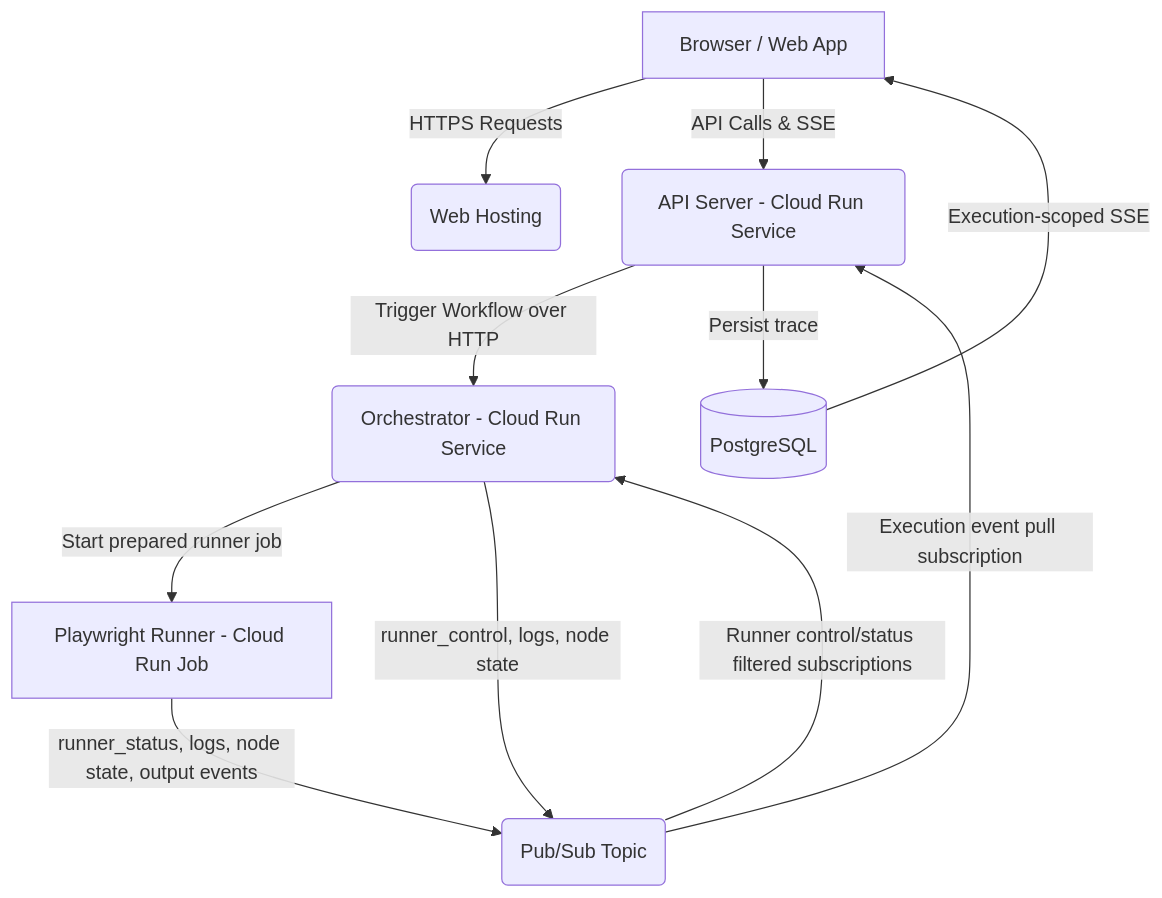
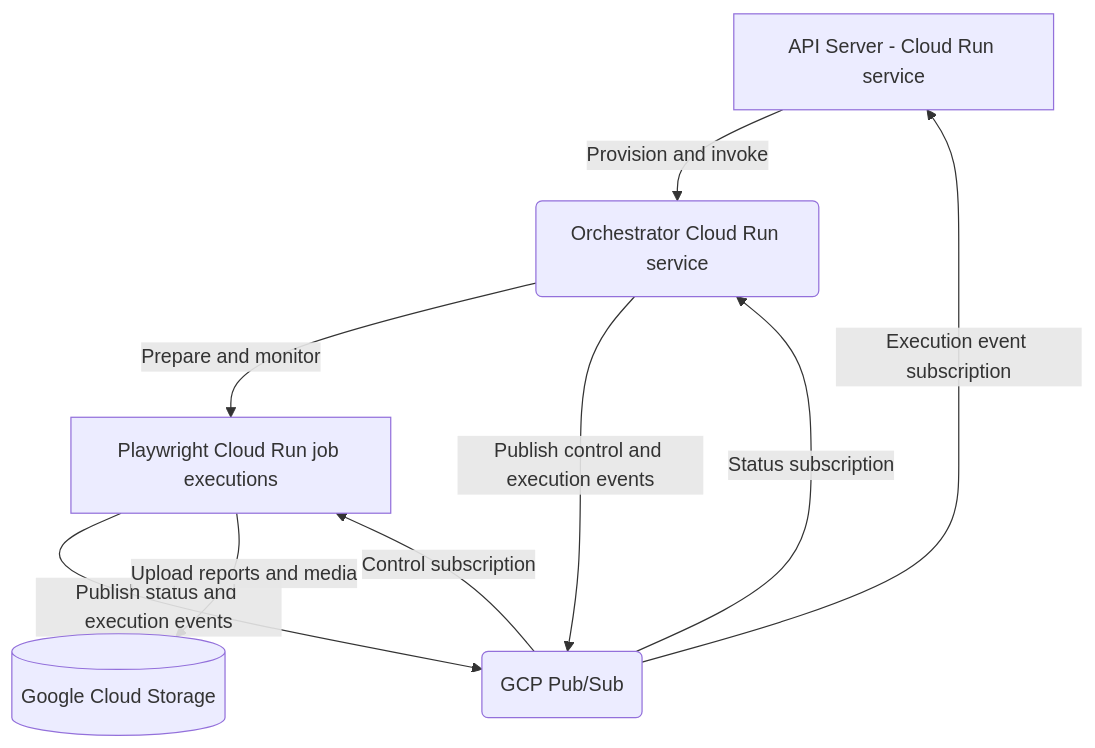
Before and after one commit to playrunner/playrunner: the diagram in docs/docs/runner-architecture/gcp/index.md, drawn with Mermaid. The commit also changed other lines of this file and 13 other files, not shown here.

First line of the commit message:
feat: Update runner architecture documentation and routing

````diff
--- a/docs/docs/runner-architecture/gcp/index.md
+++ b/docs/docs/runner-architecture/gcp/index.md
@@ -21,13 +19,11 @@
 ```mermaid
 graph TD
-    A[Browser / Web App] -->|HTTPS Requests| B(Web Hosting)
-    A -->|API Calls & SSE| C(API Server - Cloud Run Service)
-    C -->|Trigger Workflow over HTTP| D(Orchestrator - Cloud Run Service)
-    D -->|Start prepared runner job| E[Playwright Runner - Cloud Run Job]
-    D -->|runner_control, logs, node state| F(Pub/Sub Topic)
-    E -->|runner_status, logs, node state, output events| F
-    F -->|Execution event pull subscription| C
-    F -->|Runner control/status filtered subscriptions| D
-    C -->|Persist trace| G[(PostgreSQL)]
-    G -->|Execution-scoped SSE| A
+    A[API Server - Cloud Run service] -->|Provision and invoke| B(Orchestrator Cloud Run service)
+    B -->|Prepare and monitor| C[Playwright Cloud Run job executions]
+    B -->|Publish control and execution events| D(GCP Pub/Sub)
+    C -->|Publish status and execution events| D
+    D -->|Control subscription| C
+    D -->|Status subscription| B
+    D -->|Execution event subscription| A
+    C -->|Upload reports and media| E[(Google Cloud Storage)]
 ```
````
